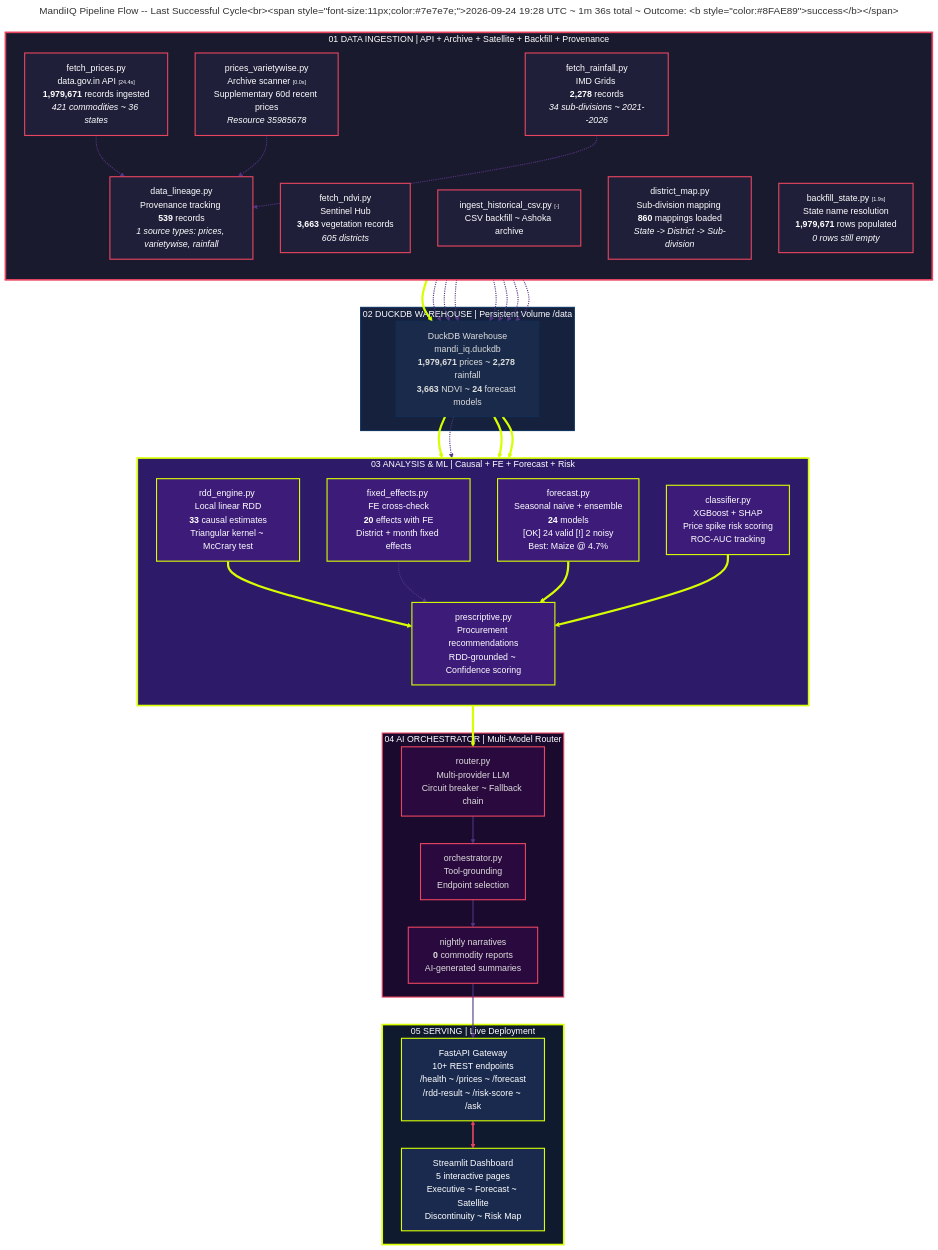
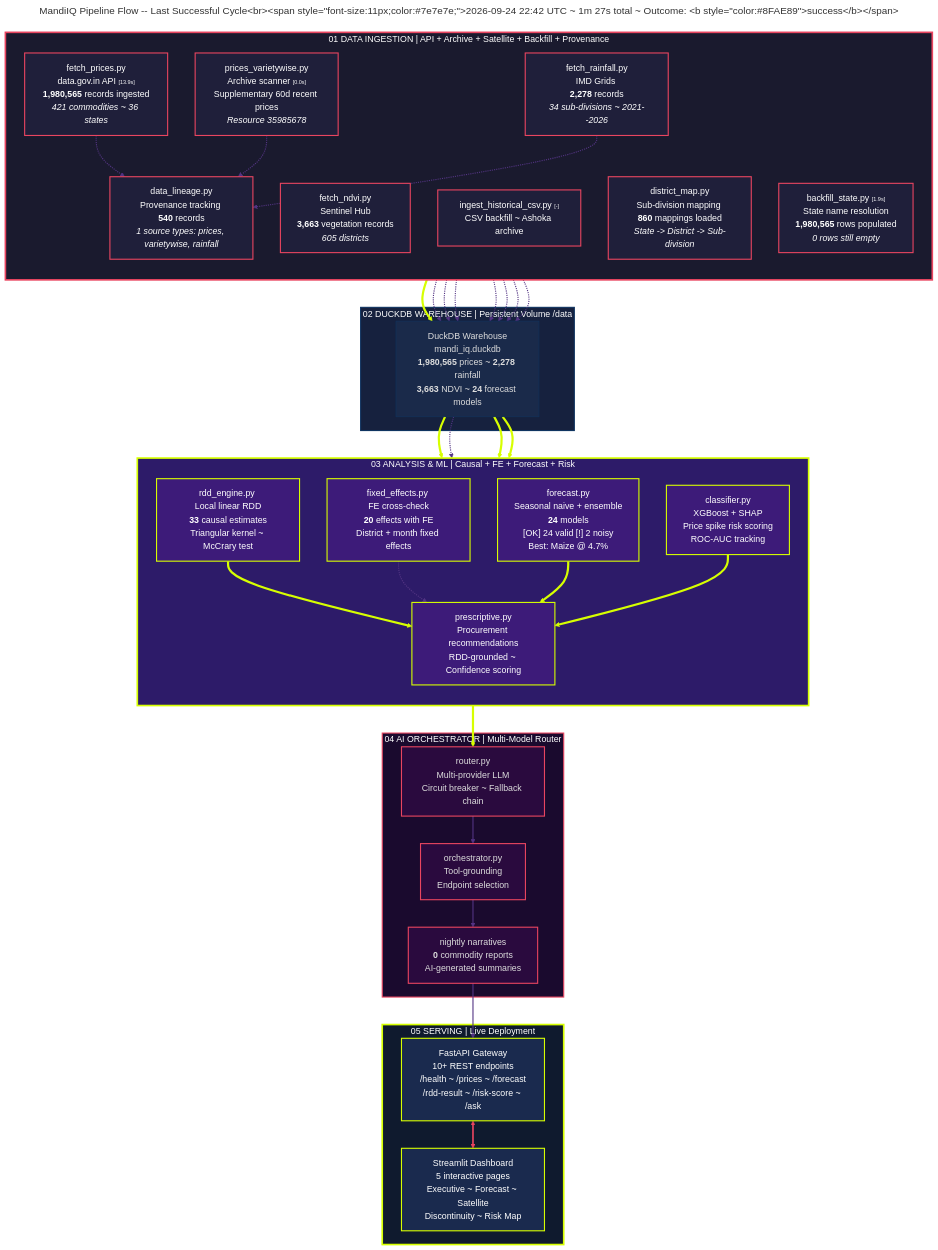
The diagram in diagrams/pipeline-flow-live.mmd (flawsom/test-mandi), drawn with Mermaid before and after one commit. The commit also changed 6 other files, not shown here.

```diff
--- a/diagrams/pipeline-flow-live.mmd
+++ b/diagrams/pipeline-flow-live.mmd
@@ -1,139 +1,139 @@
 ---
-title: "MandiIQ Pipeline Flow -- Last Successful Cycle<br/><span style='font-size:11px;color:#7e7e7e;'>2026-09-24 19:28 UTC ~ 1m 36s total ~ Outcome: <b style='color:#8FAE89'>success</b></span>"
+title: "MandiIQ Pipeline Flow -- Last Successful Cycle<br/><span style='font-size:11px;color:#7e7e7e;'>2026-09-24 22:42 UTC ~ 1m 27s total ~ Outcome: <b style='color:#8FAE89'>success</b></span>"
 ---
 %%{init: {
   "theme": "dark",
   "themeVariables": {
     "primaryColor": "#1a1a2e",
     "primaryTextColor": "#ffffff",
     "primaryBorderColor": "#d7ff00",
     "lineColor": "#d7ff00",
     "secondaryColor": "#16213e",
     "tertiaryColor": "#0f3460",
     "mainBkg": "#0d0d1a",
     "nodeBorder": "#533483",
     "clusterBkg": "#0a0a12",
     "clusterBorder": "#2a2a4a",
     "titleColor": "#d7ff00",
     "edgeLabelBackground": "#0d0d1a",
     "nodeTextColor": "#ffffff",
     "fontFamily": "\"Space Grotesk\", \"Inter\", sans-serif"
   },
   "flowchart": {
     "useMaxWidth": true,
     "htmlLabels": true,
     "curve": "basis",
     "padding": 20
   }
 }%%
 flowchart TD
     %% Stage 1: DATA INGESTION
     subgraph S1["01 DATA INGESTION  | API + Archive + Satellite + Backfill + Provenance"]
         direction TB
-        A1["fetch_prices.py<br/>data.gov.in API <span style='color:#7e7e7e;font-size:10px;'>[24.4s]</span><br/><b>1,979,671</b> records ingested<br/><i>421 commodities ~ 36 states</i>"]
+        A1["fetch_prices.py<br/>data.gov.in API <span style='color:#7e7e7e;font-size:10px;'>[13.9s]</span><br/><b>1,980,565</b> records ingested<br/><i>421 commodities ~ 36 states</i>"]
         A2["prices_varietywise.py<br/>Archive scanner <span style='color:#7e7e7e;font-size:10px;'>[0.0s]</span><br/>Supplementary 60d recent prices<br/><i>Resource 35985678</i>"]
         A3["fetch_rainfall.py<br/>IMD Grids <br/><b>2,278</b> records<br/><i>34 sub-divisions ~ 2021--2026</i>"]
         A4["fetch_ndvi.py<br/>Sentinel Hub <br/><b>3,663</b> vegetation records<br/><i>605 districts</i>"]
         A5["ingest_historical_csv.py <span style='color:#7e7e7e;font-size:10px;'>[-]</span><br/>CSV backfill ~ Ashoka archive"]
         A6["district_map.py<br/>Sub-division mapping <br/><b>860</b> mappings loaded<br/><i>State -> District -> Sub-division</i>"]
-        A7["backfill_state.py <span style='color:#7e7e7e;font-size:10px;'>[1.9s]</span><br/>State name resolution<br/><b>1,979,671</b> rows populated<br/><i>0 rows still empty</i>"]
-        A8["data_lineage.py<br/>Provenance tracking <br/><b>539</b> records<br/><i>1 source types: prices, varietywise, rainfall</i>"]
+        A7["backfill_state.py <span style='color:#7e7e7e;font-size:10px;'>[1.9s]</span><br/>State name resolution<br/><b>1,980,565</b> rows populated<br/><i>0 rows still empty</i>"]
+        A8["data_lineage.py<br/>Provenance tracking <br/><b>540</b> records<br/><i>1 source types: prices, varietywise, rainfall</i>"]
     end
 
     %% Stage 2: DUCKDB WAREHOUSE
     subgraph S2["02 DUCKDB WAREHOUSE  | Persistent Volume /data"]
-        B1["DuckDB Warehouse<br/>mandi_iq.duckdb<br/><b>1,979,671</b> prices ~ <b>2,278</b> rainfall<br/><b>3,663</b> NDVI ~ <b>24</b> forecast models"]
+        B1["DuckDB Warehouse<br/>mandi_iq.duckdb<br/><b>1,980,565</b> prices ~ <b>2,278</b> rainfall<br/><b>3,663</b> NDVI ~ <b>24</b> forecast models"]
     end
 
     %% Stage 3: ANALYSIS & ML
     subgraph S3["03 ANALYSIS & ML  | Causal + FE + Forecast + Risk"]
         direction TB
         C1["rdd_engine.py <br/>Local linear RDD<br/><b>33</b> causal estimates<br/>Triangular kernel ~ McCrary test"]
         C2["fixed_effects.py <br/>FE cross-check<br/><b>20</b> effects with FE<br/>District + month fixed effects"]
         C3["forecast.py <br/>Seasonal naive + ensemble<br/><b>24</b> models<br/><span style='color:#8FAE89'>[OK] 24 valid</span> <span style='color:#D9663B'>[!] 2 noisy</span><br/>Best: Maize @ 4.7%"]
         C4["classifier.py <br/>XGBoost + SHAP<br/>Price spike risk scoring<br/>ROC-AUC tracking"]
         C5["prescriptive.py<br/>Procurement recommendations<br/>RDD-grounded ~ Confidence scoring"]
     end
 
     %% Stage 4: AI ORCHESTRATOR
     subgraph S4["04 AI ORCHESTRATOR  | Multi-Model Router"]
         D1["router.py<br/>Multi-provider LLM<br/>Circuit breaker ~ Fallback chain"]
         D2["orchestrator.py<br/>Tool-grounding<br/>Endpoint selection"]
         D3["nightly narratives<br/><b>0</b> commodity reports<br/>AI-generated summaries"]
     end
 
     %% Stage 5: SERVING
     subgraph S5["05 SERVING  | Live Deployment"]
         E1["FastAPI Gateway<br/>10+ REST endpoints<br/>/health ~ /prices ~ /forecast<br/>/rdd-result ~ /risk-score ~ /ask"]
         E2["Streamlit Dashboard<br/>5 interactive pages<br/>Executive ~ Forecast ~ Satellite<br/>Discontinuity ~ Risk Map"]
     end
 
     %% Main flow: ingestion -> warehouse
     A1 ==> B1
     A2 -.-> B1
     A3 -.-> B1
     A4 -.-> B1
     A5 -.-> B1
     A6 -.-> B1
     A7 -.-> B1
 
     %% Main flow: ingestion -> provenance tracking
     A1 -.-> A8
     A2 -.-> A8
     A3 -.-> A8
     A8 -.-> B1
 
     %% Main flow: warehouse -> analysis
     B1 ==> C1
     B1 -.-> C2
     B1 ==> C3
     B1 ==> C4
 
     %% Main flow: analysis -> prescriptive -> AI
     C1 ==> C5
     C2 -.-> C5
     C3 ==> C5
     C4 ==> C5
 
     C5 ==> D1
     D1 ==> D2
     D2 ==> D3
     D3 ==> E1
 
     E1 <==> E2
 
     %% Edge styling: thick = primary path
     linkStyle 0,11,13,14,15,17,18,19 stroke-width:4px,stroke:#d7ff00,fill:none
     linkStyle 1,2,3,4,5,6,7,8,9,10,12,16,20,21,22 stroke-width:2px,stroke:#533483,fill:none
     linkStyle 23 stroke-width:3px,stroke:#e94560,fill:none
 
     %% Stage classes
     classDef stage1 fill:#1a1a2e,stroke:#e94560,stroke-width:3px,color:#fff
     classDef stage1Node fill:#1f1f3a,stroke:#e94560,stroke-width:2px,color:#fff
 
     classDef stage2 fill:#16213e,stroke:#0f3460,stroke-width:2px,color:#fff
     classDef stage2Node fill:#1a2a4a,stroke:#0f3460,stroke-width:1px,color:#ddd
 
     classDef stage3 fill:#2d1b69,stroke:#d7ff00,stroke-width:3px,color:#fff
     classDef stage3Node fill:#3d1b79,stroke:#d7ff00,stroke-width:2px,color:#fff
 
     classDef stage4 fill:#1a0a2e,stroke:#e94560,stroke-width:2px,color:#fff
     classDef stage4Node fill:#2a0a3e,stroke:#e94560,stroke-width:2px,color:#ddd
 
     classDef stage5 fill:#0f1a2e,stroke:#d7ff00,stroke-width:3px,color:#fff
     classDef stage5Node fill:#1a2a4e,stroke:#d7ff00,stroke-width:2px,color:#fff
 
     class S1 stage1
     class A1,A2,A3,A4,A5,A6,A7,A8 stage1Node
 
     class S2 stage2
     class B1 stage2Node
 
     class S3 stage3
     class C1,C2,C3,C4,C5 stage3Node
 
     class S4 stage4
     class D1,D2,D3 stage4Node
 
     class S5 stage5
     class E1,E2 stage5Node
```
